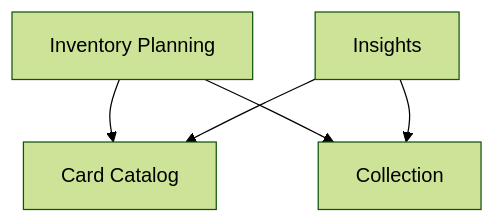
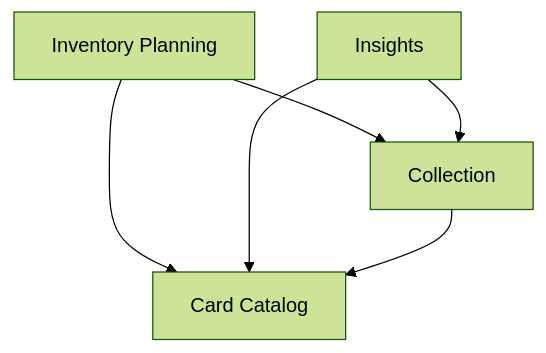
The diagram in docs/dev/architecture.md (NicoVIII/tcg-card-collector), drawn with Mermaid (forest theme) before and after one commit. The commit also changed other lines of this file and 28 other files, not shown here.

````diff
--- a/docs/dev/architecture.md
+++ b/docs/dev/architecture.md
@@ -29,7 +29,8 @@
 ```mermaid
 graph TD
     InventoryPlanning[Inventory Planning] --> CardCatalog[Card Catalog]
     InventoryPlanning --> Collection
     Insights --> CardCatalog
     Insights --> Collection
+    Collection --> CardCatalog
 ```
````
